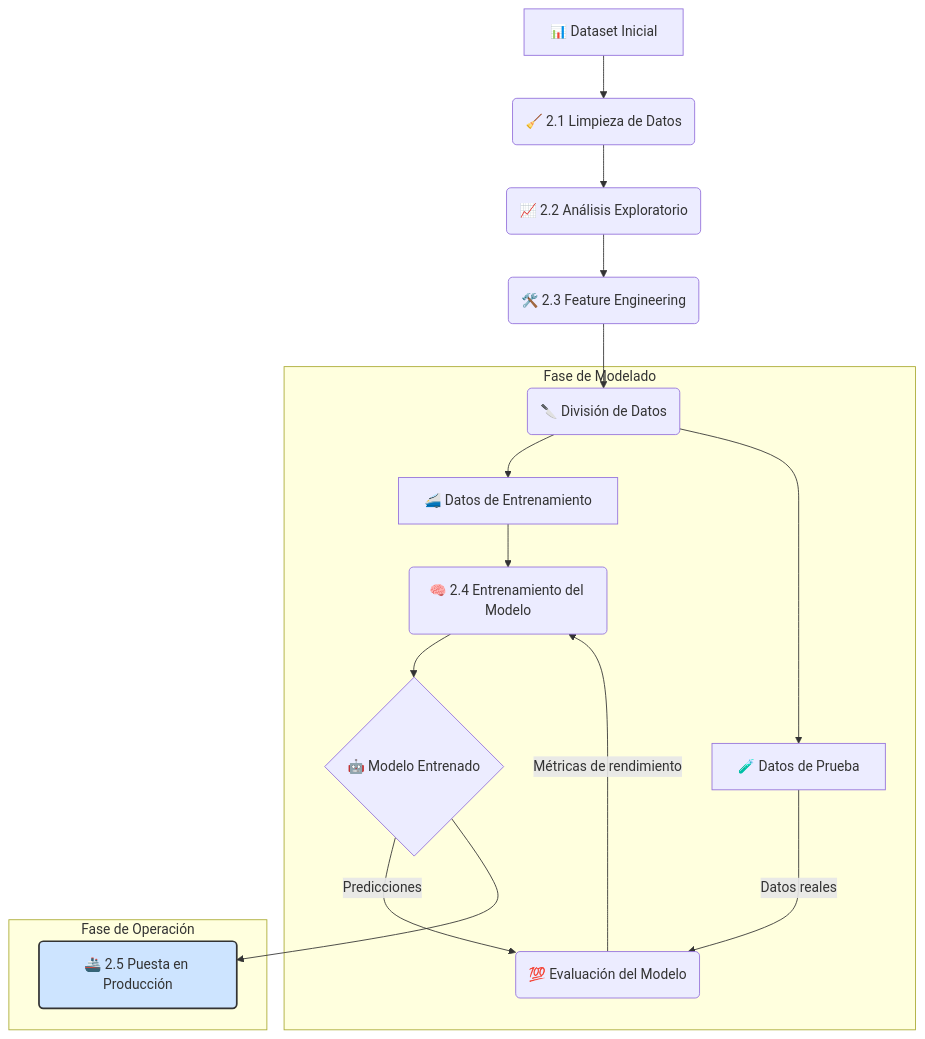
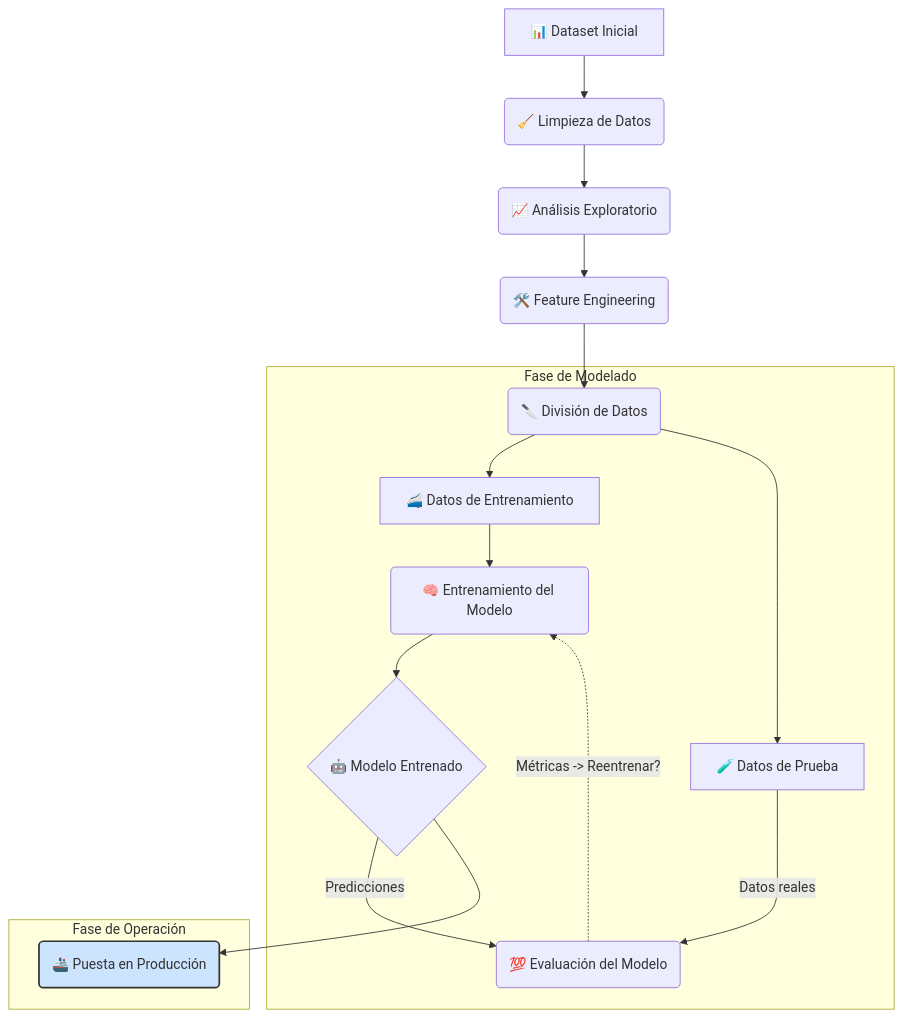
Before and after one commit to jesusvasquezjr3/Aprendizaje-Supervisado: the diagram in README.md, drawn with Mermaid. The commit also changed other lines of this file, not shown here.

Commit message:
Update Mermaid

````diff
--- a/README.md
+++ b/README.md
@@ -13,20 +13,23 @@
 ```mermaid
 graph TD;
-    A[📊 Dataset Inicial] --> B(🧹 2.1 Limpieza de Datos);
-    B --> C(📈 2.2 Análisis Exploratorio);
-    C --> D(🛠️ 2.3 Feature Engineering);
+    A[📊 Dataset Inicial] --> B(🧹 Limpieza de Datos);
+    B --> C(📈 Análisis Exploratorio);
+    C --> D(🛠️ Feature Engineering);
     D --> E(🔪 División de Datos);
+
     subgraph "Fase de Modelado"
         E --> F[🚄 Datos de Entrenamiento];
         E --> G[🧪 Datos de Prueba];
-        F --> H(🧠 2.4 Entrenamiento del Modelo);
+        F --> H(🧠 Entrenamiento del Modelo);
         H --> I{🤖 Modelo Entrenado};
         I -- Predicciones --> J(💯 Evaluación del Modelo);
         G -- Datos reales --> J;
+        J -. Métricas -> Reentrenar? .-> H;
     end
+
     subgraph "Fase de Operación"
-        I --> K(🚢 2.5 Puesta en Producción);
+        I --> K(🚢 Puesta en Producción);
     end
-    J -- Métricas de rendimiento --> H;
+
     style K fill:#cde4ff,stroke:#333,stroke-width:2px;
 ```
````
